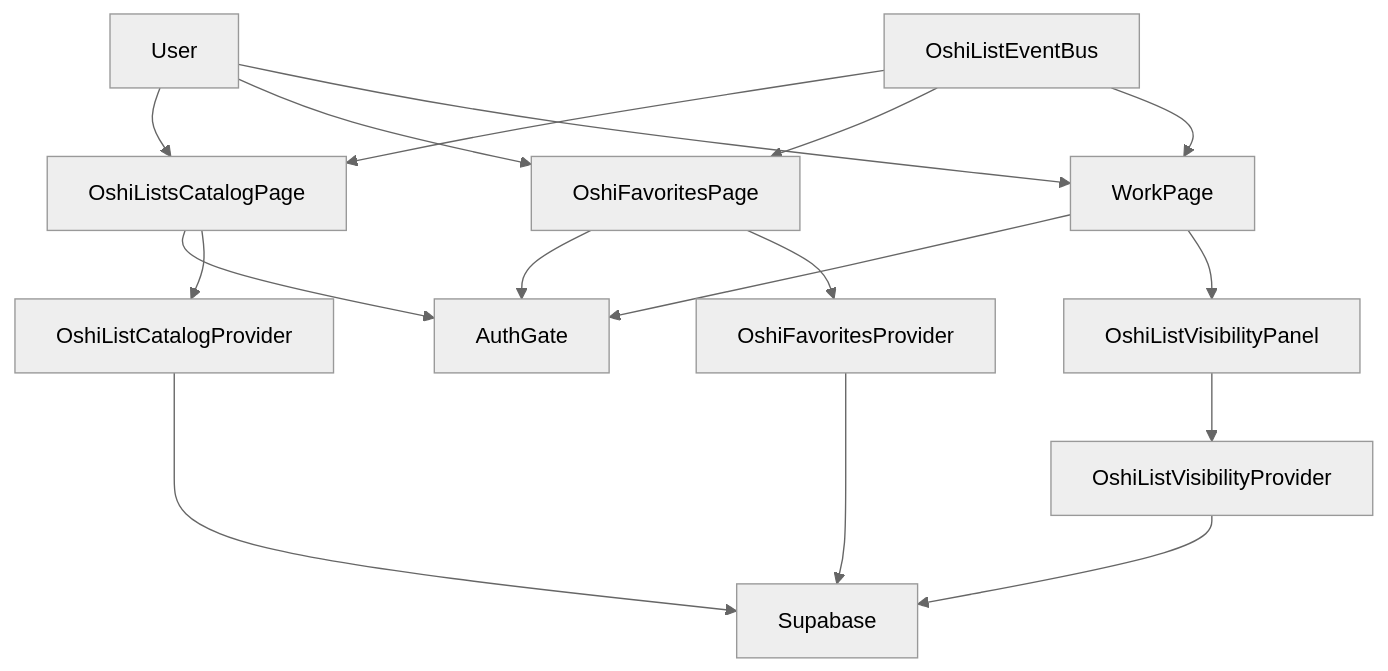
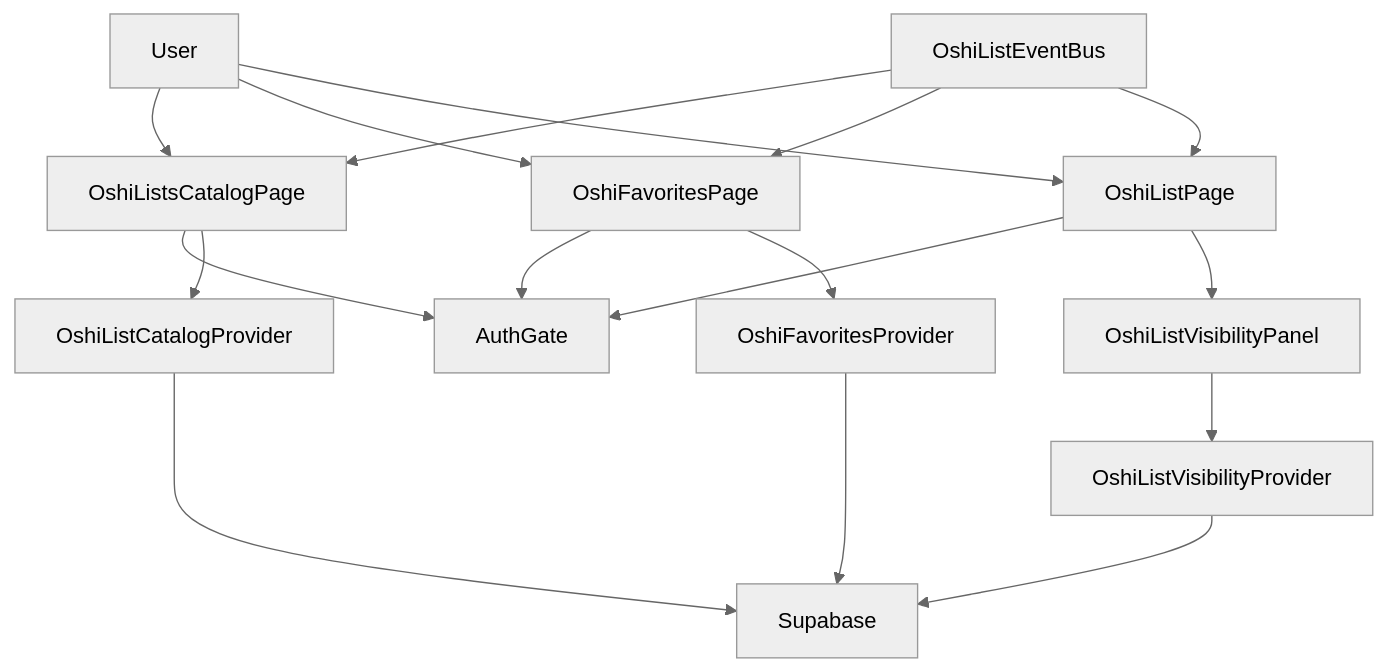
The first of 4 diagrams in .kiro/specs/oshi-list-favorites-registered-only/design.md (arinko39140/mangadouga), drawn with Mermaid (neutral theme) before and after one commit. The commit also changed other lines of this file, not shown here.

Commit message:
Update design for user-based oshi lists

````diff
--- a/.kiro/specs/oshi-list-favorites-registered-only/design.md
+++ b/.kiro/specs/oshi-list-favorites-registered-only/design.md
@@ -67,19 +68,19 @@
 ```mermaid
 graph TB
   User --> OshiListsCatalogPage
   User --> OshiFavoritesPage
-  User --> WorkPage
+  User --> OshiListPage
   OshiListsCatalogPage --> AuthGate
   OshiFavoritesPage --> AuthGate
-  WorkPage --> AuthGate
+  OshiListPage --> AuthGate
   OshiListsCatalogPage --> OshiListCatalogProvider
   OshiFavoritesPage --> OshiFavoritesProvider
-  WorkPage --> OshiListVisibilityPanel
+  OshiListPage --> OshiListVisibilityPanel
   OshiListVisibilityPanel --> OshiListVisibilityProvider
   OshiListCatalogProvider --> Supabase
   OshiFavoritesProvider --> Supabase
   OshiListVisibilityProvider --> Supabase
   OshiListEventBus --> OshiListsCatalogPage
   OshiListEventBus --> OshiFavoritesPage
-  OshiListEventBus --> WorkPage
+  OshiListEventBus --> OshiListPage
 ```
````
